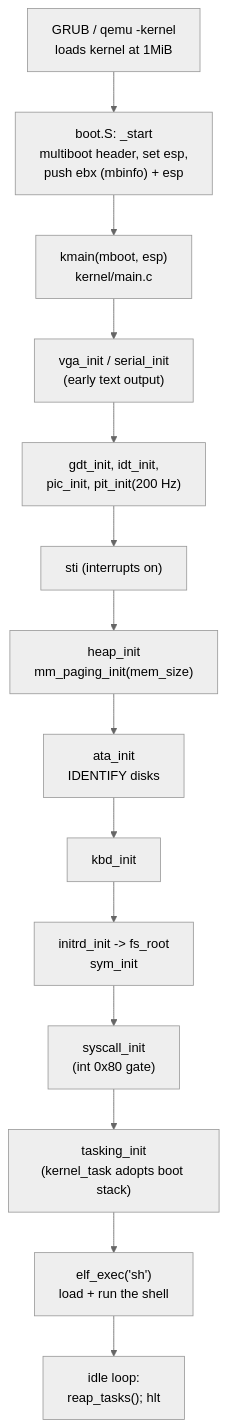
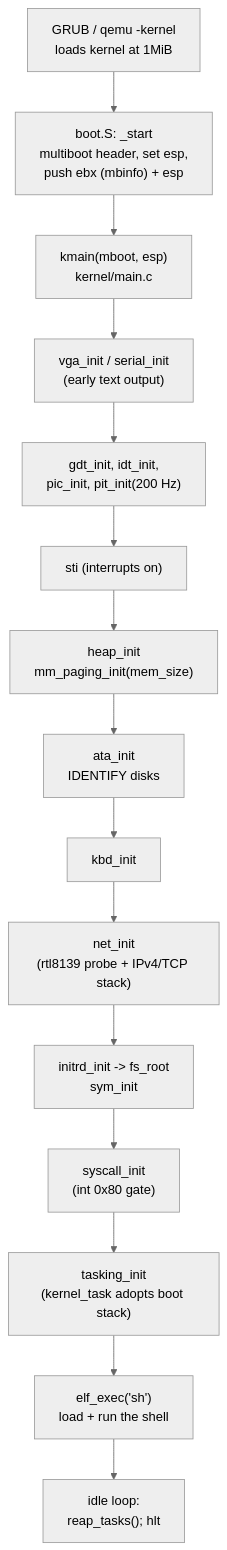
One commit to gsass1/nos changed the second of 8 diagrams in docs/ARCHITECTURE.md. Above: the diagram before and after it, drawn with Mermaid (neutral theme). The commit also changed other lines of this file and 23 other files, not shown here.

````diff
--- a/docs/ARCHITECTURE.md
+++ b/docs/ARCHITECTURE.md
@@ -94,16 +94,17 @@
 ```mermaid
 flowchart TD
     A["GRUB / qemu -kernel<br/>loads kernel at 1MiB"] --> B["boot.S: _start<br/>multiboot header, set esp,<br/>push ebx (mbinfo) + esp"]
     B --> C["kmain(mboot, esp)<br/>kernel/main.c"]
     C --> D["vga_init / serial_init<br/>(early text output)"]
     D --> E["gdt_init, idt_init,<br/>pic_init, pit_init(200 Hz)"]
     E --> F["sti (interrupts on)"]
     F --> G["heap_init<br/>mm_paging_init(mem_size)"]
     G --> H["ata_init<br/>IDENTIFY disks"]
     H --> H2["kbd_init"]
-    H2 --> I["initrd_init -> fs_root<br/>sym_init"]
+    H2 --> H3["net_init<br/>(rtl8139 probe + IPv4/TCP stack)"]
+    H3 --> I["initrd_init -> fs_root<br/>sym_init"]
     I --> J["syscall_init<br/>(int 0x80 gate)"]
     J --> K["tasking_init<br/>(kernel_task adopts boot stack)"]
     K --> L["elf_exec('sh')<br/>load + run the shell"]
     L --> M["idle loop:<br/>reap_tasks(); hlt"]
 ```
````
